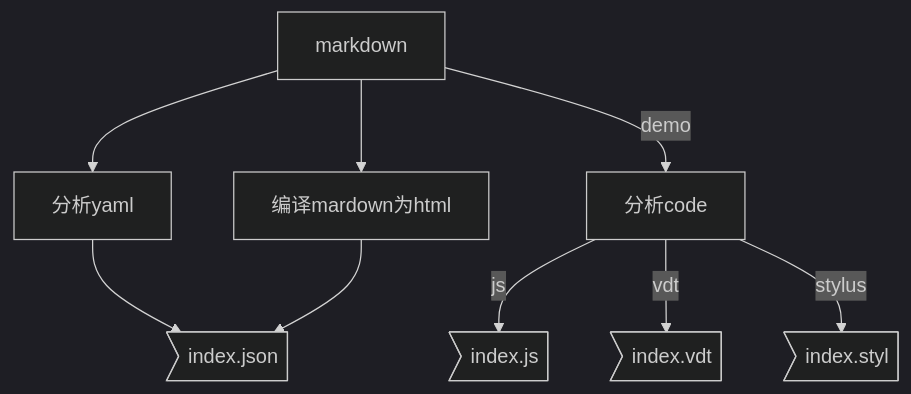
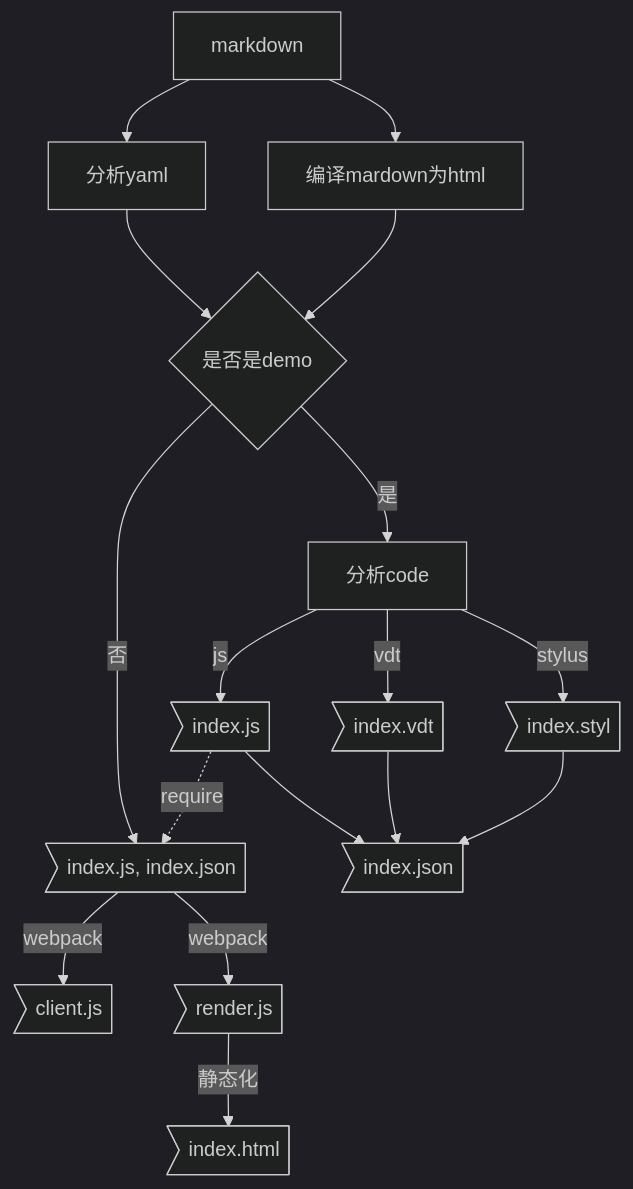
One commit to Manlilili123x3m2c/k2jfm changed the diagram in docs/blogs/design.md. Above: the diagram before and after it, drawn with Mermaid (dark theme). The commit also changed other lines of this file, not shown here.

```diff
--- a/docs/blogs/design.md
+++ b/docs/blogs/design.md
@@ -313,12 +300,20 @@
 <div class="mermaid">
 graph TB
     A[markdown]
     A --> B[分析yaml]
-    A -- demo --> C[分析code]
+    A --> G[编译mardown为html]
+    B --> B1{是否是demo}
+    G --> B1
+    B1 -- 是 --> C[分析code]
+    B1 -- 否 --> I>index.js, index.json]
+    I -- webpack --> J>client.js]
+    I -- webpack --> render>render.js]
+    render -- 静态化 --> html>index.html]
     C -- js --> D>index.js]
     C -- vdt --> E>index.vdt]
     C -- stylus --> F>index.styl]
-    A --> G[编译mardown为html]
-    B --> H>index.json]
-    G --> H 
+    D --> demoJson>index.json]
+    E --> demoJson
+    F --> demoJson
+    D -.-> | require | I
 </div>
```
